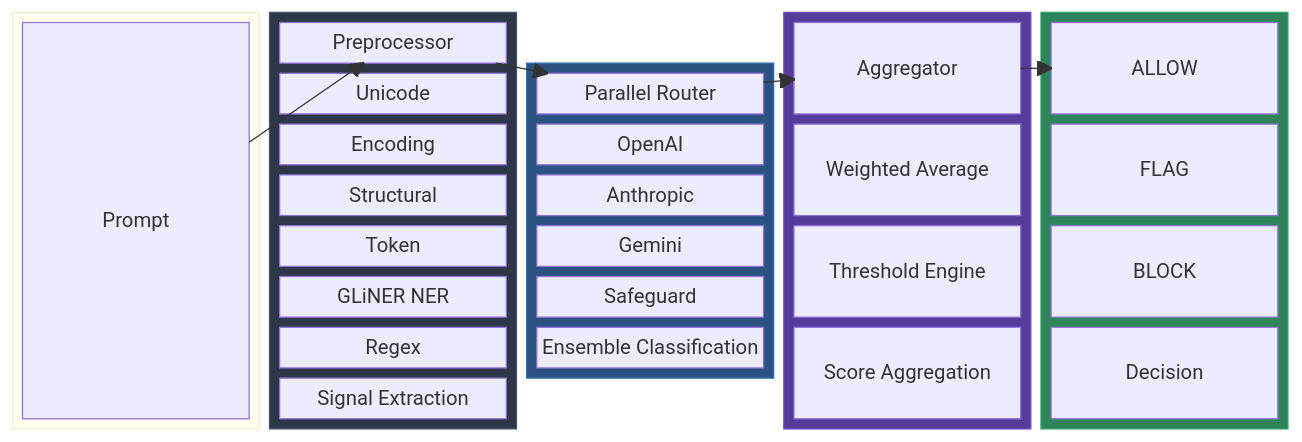
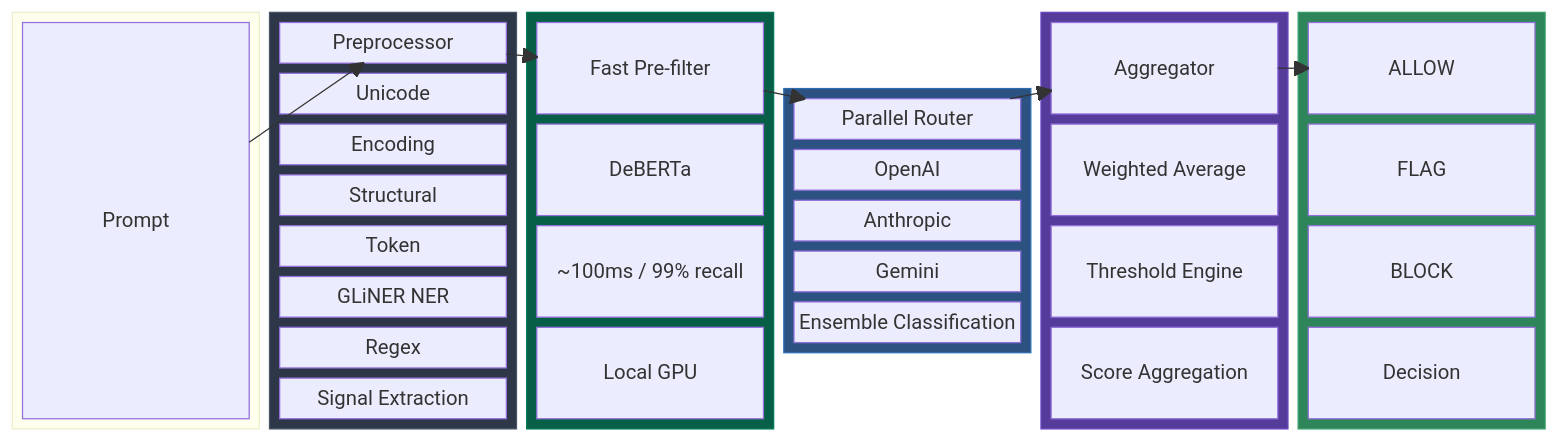
One commit to prashantkul/injection-guard changed the first of 2 diagrams in README.md. Above: the diagram before and after it, drawn with Mermaid. The commit also changed other lines of this file and 2 other files, not shown here.

First line of the commit message:
docs: Add fine-tuning guides and update architecture with recommended ensemble strategy

````diff
--- a/README.md
+++ b/README.md
@@ -7,56 +7,65 @@
 ```mermaid
 block-beta
-  columns 5
+  columns 6
 
   block:input:1
     columns 1
     A["Prompt"]
   end
 
   block:preprocess:1
     columns 1
     style preprocess fill:#2d3748,color:#fff,stroke:#4a5568
     B["Preprocessor"]
     B1["Unicode"]
     B2["Encoding"]
     B3["Structural"]
     B4["Token"]
     B5["GLiNER NER"]
     B6["Regex"]
     BP["Signal Extraction"]
   end
 
+  block:fast:1
+    columns 1
+    style fast fill:#065f46,color:#fff,stroke:#047857
+    F["Fast Pre-filter"]
+    F1["DeBERTa"]
+    F2["~100ms / 99% recall"]
+    FP["Local GPU"]
+  end
+
   block:classify:1
     columns 1
     style classify fill:#2c5282,color:#fff,stroke:#2b6cb0
     C["Parallel Router"]
     C1["OpenAI"]
     C2["Anthropic"]
     C3["Gemini"]
-    C4["Safeguard"]
     CP["Ensemble Classification"]
   end
 
   block:decide:1
     columns 1
     style decide fill:#553c9a,color:#fff,stroke:#6b46c1
     D["Aggregator"]
     D1["Weighted Average"]
     D2["Threshold Engine"]
     DP["Score Aggregation"]
   end
 
   block:output:1
     columns 1
     style output fill:#2f855a,color:#fff,stroke:#38a169
     E1["ALLOW"]
     E2["FLAG"]
     E3["BLOCK"]
     EP["Decision"]
   end
 
   A --> B
-  B --> C
+  B --> F
+  F --> C
   C --> D
   D --> E1
 ```
````
